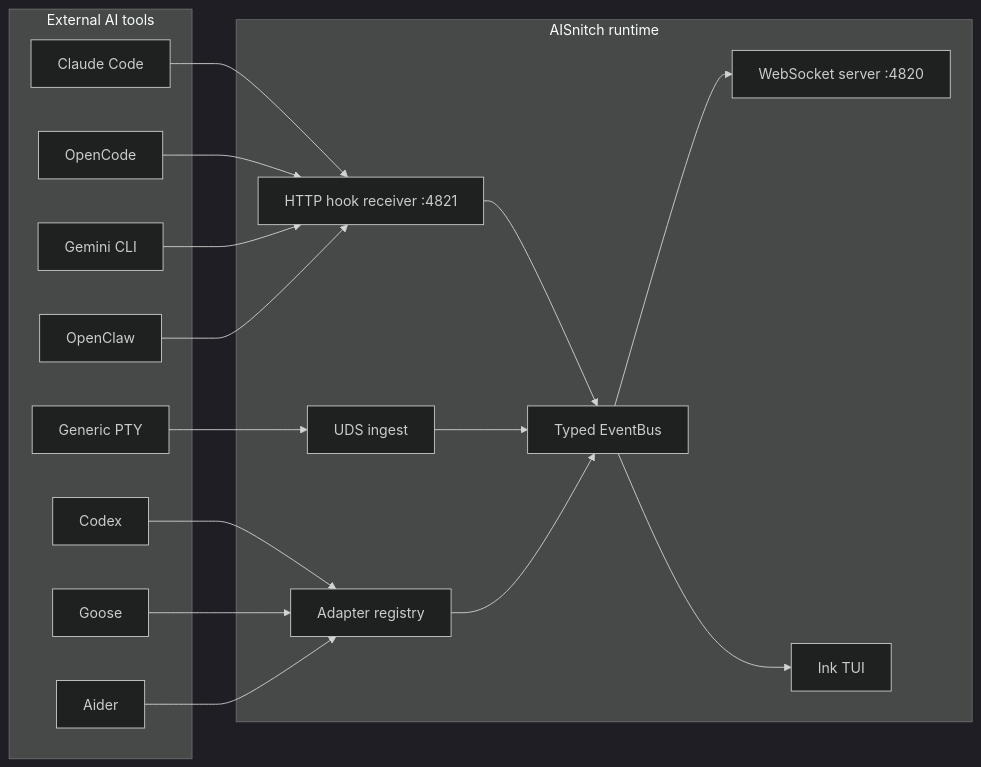
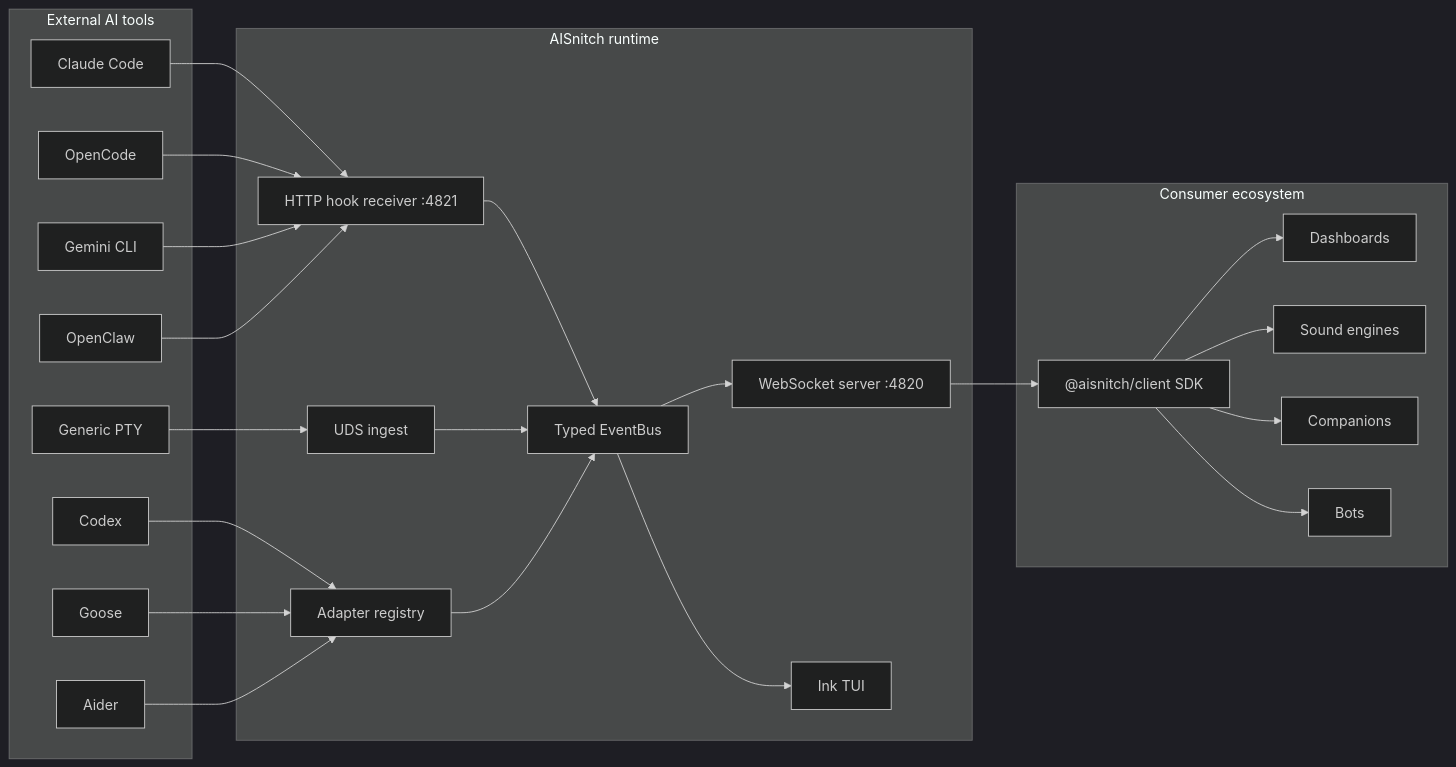
The diagram in README.md (vava-nessa/AISnitch), drawn with Mermaid (dark theme) before and after one commit. The commit also changed other lines of this file and 29 other files, not shown here.

First line of the commit message:
feat(09-client-sdk): ship @aisnitch/client SDK + mega docs rewrite

````diff
--- a/README.md
+++ b/README.md
@@ -844,36 +167,49 @@
 ```mermaid
 flowchart LR
   subgraph Tools["External AI tools"]
     CC["Claude Code"]
     OC["OpenCode"]
     GM["Gemini CLI"]
     CX["Codex"]
     GS["Goose"]
     AD["Aider"]
     OCL["OpenClaw"]
     PTY["Generic PTY"]
   end
 
   subgraph AIS["AISnitch runtime"]
     HTTP["HTTP hook receiver :4821"]
     UDS["UDS ingest"]
     REG["Adapter registry"]
     BUS["Typed EventBus"]
     WS["WebSocket server :4820"]
     TUI["Ink TUI"]
   end
 
+  subgraph SDK["Consumer ecosystem"]
+    CLIENT["@aisnitch/client SDK"]
+    DASH["Dashboards"]
+    SOUND["Sound engines"]
+    MASCOT["Companions"]
+    BOT["Bots"]
+  end
+
   CC --> HTTP
   OC --> HTTP
   GM --> HTTP
   OCL --> HTTP
   CX --> REG
   GS --> REG
   AD --> REG
   PTY --> UDS
   HTTP --> BUS
   UDS --> BUS
   REG --> BUS
   BUS --> WS
   BUS --> TUI
+  WS --> CLIENT
+  CLIENT --> DASH
+  CLIENT --> SOUND
+  CLIENT --> MASCOT
+  CLIENT --> BOT
 ```
````
